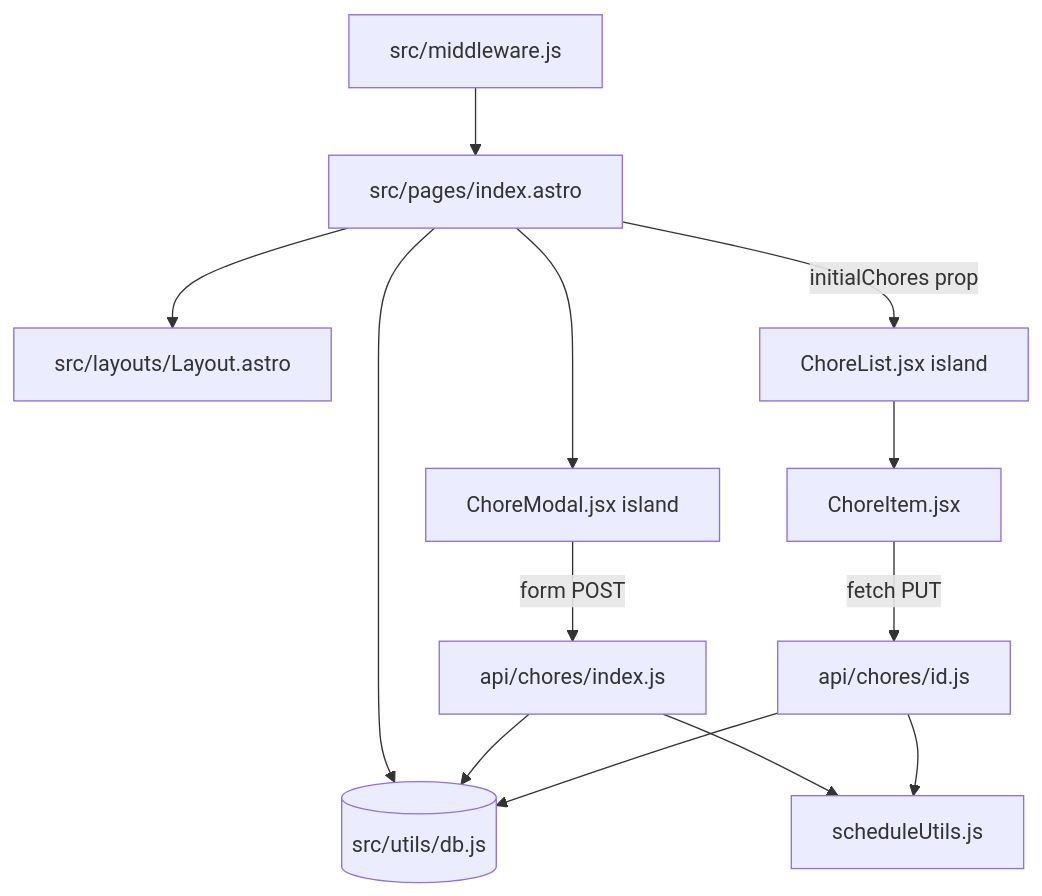
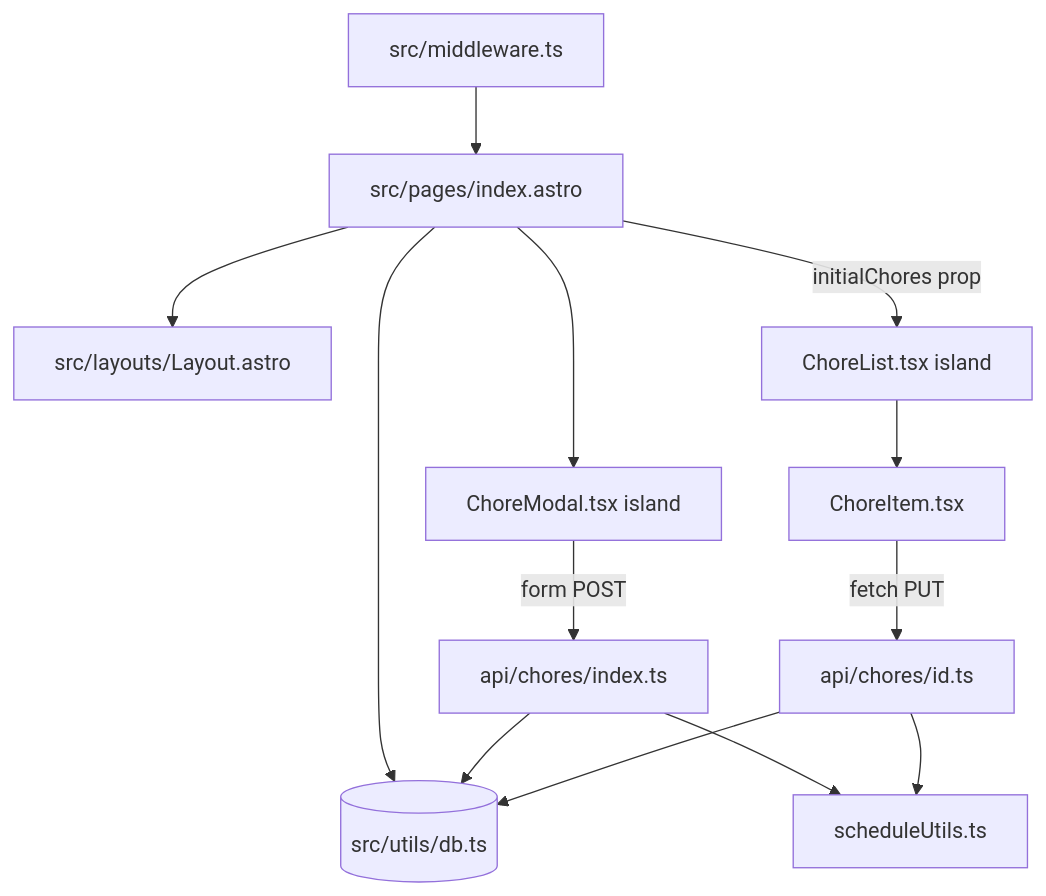
The diagram in docs/system-patterns.md (gandazgul/chores-app), drawn with Mermaid before and after one commit. The commit also changed other lines of this file and 41 other files, not shown here.

````diff
--- a/docs/system-patterns.md
+++ b/docs/system-patterns.md
@@ -96,15 +95,15 @@
 ```mermaid
 graph TD
-  MW[src/middleware.js] --> IDX[src/pages/index.astro]
+  MW[src/middleware.ts] --> IDX[src/pages/index.astro]
   IDX --> LAY[src/layouts/Layout.astro]
-  IDX -- initialChores prop --> CL[ChoreList.jsx island]
-  IDX --> CM[ChoreModal.jsx island]
-  CL --> CI[ChoreItem.jsx]
-  IDX --> DB[(src/utils/db.js)]
-  CM -- form POST --> API1[api/chores/index.js]
-  CI -- fetch PUT --> API2[api/chores/id.js]
+  IDX -- initialChores prop --> CL[ChoreList.tsx island]
+  IDX --> CM[ChoreModal.tsx island]
+  CL --> CI[ChoreItem.tsx]
+  IDX --> DB[(src/utils/db.ts)]
+  CM -- form POST --> API1[api/chores/index.ts]
+  CI -- fetch PUT --> API2[api/chores/id.ts]
   API1 --> DB
   API2 --> DB
-  API1 --> SU[scheduleUtils.js]
+  API1 --> SU[scheduleUtils.ts]
   API2 --> SU
 ```
````
